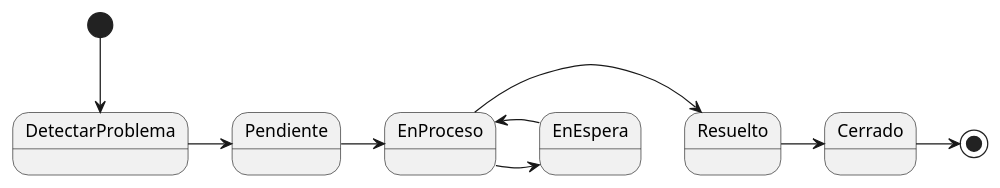
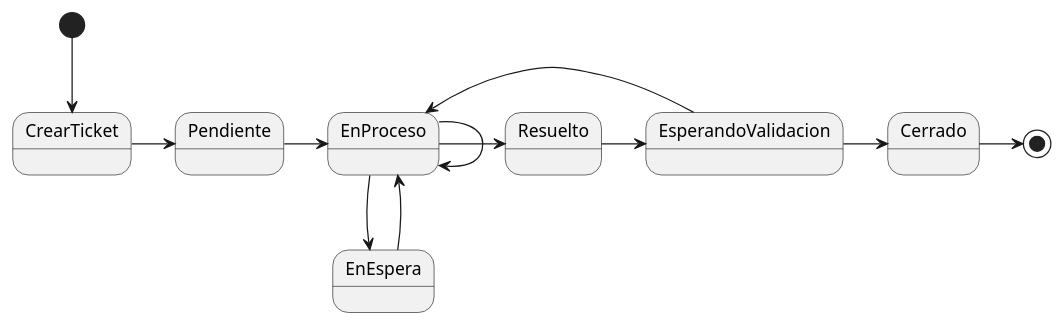
One commit to mmasias/23-24-IdSw1-SDR changed the diagram in modelosUML/DiagramaDeEstados.puml. Above: the diagram before and after it, drawn with PlantUML. The commit also changed 2 other files, not shown here.

Commit message:
update diagrama de estados and modelo del entorno

```diff
--- a/modelosUML/DiagramaDeEstados.puml
+++ b/modelosUML/DiagramaDeEstados.puml
@@ -1,15 +1,20 @@
 @startuml
-[*] -->  DetectarProblema 
-DetectarProblema -r-> Pendiente 
+[*] -->  CrearTicket
+CrearTicket -r-> Pendiente 
 Pendiente -r-> EnProceso
-Resuelto -r-> Cerrado
 EnProceso -r-> Resuelto
-EnProceso -r-> EnEspera
-EnEspera -r-> EnProceso
+EnProceso -r-> EnProceso
+
+EnProceso --> EnEspera
+EnEspera --> EnProceso
+
+Resuelto -r-> EsperandoValidacion
+EsperandoValidacion -r-> Cerrado
+EsperandoValidacion -r-> EnProceso
 
 
 Cerrado -r-> [*]
 
 
 
 @enduml
```
